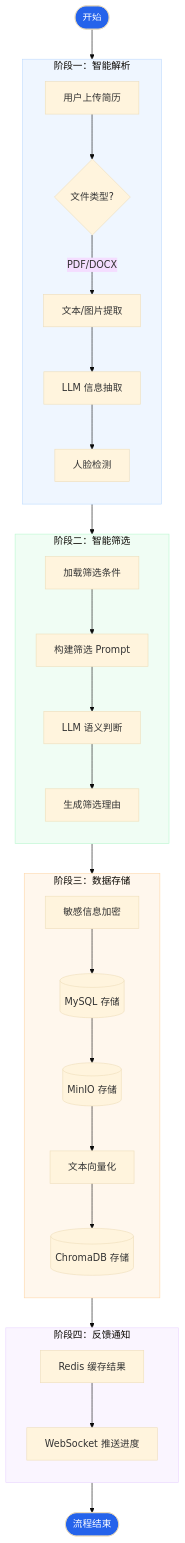
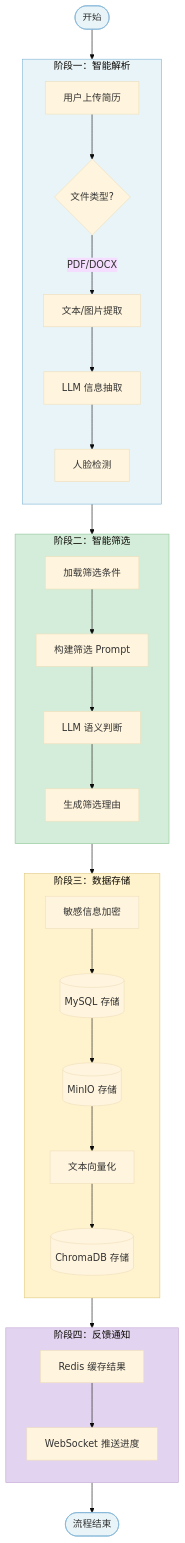
The fourth of 14 diagrams in docs/architecture.md (xt765/ResumeScreening), drawn with Mermaid (base theme) before and after one commit. The commit also changed other lines of this file and 4 other files, not shown here.

````diff
--- a/docs/architecture.md
+++ b/docs/architecture.md
@@ -248,44 +248,44 @@
 ```mermaid
 graph TD
     Start([开始]) --> Upload[用户上传简历]
     
     subgraph P1 [阶段一：智能解析]
         direction TB
         Upload --> Parse{文件类型?}
         Parse -->|PDF/DOCX| Extract[文本/图片提取]
         Extract --> LLM1[LLM 信息抽取]
         LLM1 --> Face[人脸检测]
     end
     
     subgraph P2 [阶段二：智能筛选]
         direction TB
         Face --> Cond[加载筛选条件]
         Cond --> Prompt[构建筛选 Prompt]
         Prompt --> LLM2[LLM 语义判断]
         LLM2 --> Reason[生成筛选理由]
     end
     
     subgraph P3 [阶段三：数据存储]
         direction TB
         Reason --> Encrypt[敏感信息加密]
         Encrypt --> SaveDB[(MySQL 存储)]
         SaveDB --> SaveOSS[(MinIO 存储)]
         SaveOSS --> Embed[文本向量化]
         Embed --> SaveVec[(ChromaDB 存储)]
     end
     
     subgraph P4 [阶段四：反馈通知]
         direction TB
         SaveVec --> Cache[Redis 缓存结果]
         Cache --> Notify[WebSocket 推送进度]
     end
 
     Notify --> End([流程结束])
 
-    style Start fill:#2563eb,color:#fff
-    style End fill:#2563eb,color:#fff
-    style P1 fill:#eff6ff,stroke:#bfdbfe
-    style P2 fill:#f0fdf4,stroke:#bbf7d0
-    style P3 fill:#fff7ed,stroke:#fed7aa
-    style P4 fill:#faf5ff,stroke:#e9d5ff
+    style Start fill:#e8f4f8,stroke:#7fb3d5,stroke-width:1px
+    style End fill:#e8f4f8,stroke:#7fb3d5,stroke-width:1px
+    style P1 fill:#e8f4f8,stroke:#7fb3d5,stroke-width:1px
+    style P2 fill:#d4edda,stroke:#90c695,stroke-width:1px
+    style P3 fill:#fff3cd,stroke:#e0c97f,stroke-width:1px
+    style P4 fill:#e2d4f0,stroke:#c5a5d5,stroke-width:1px
 ```
````
